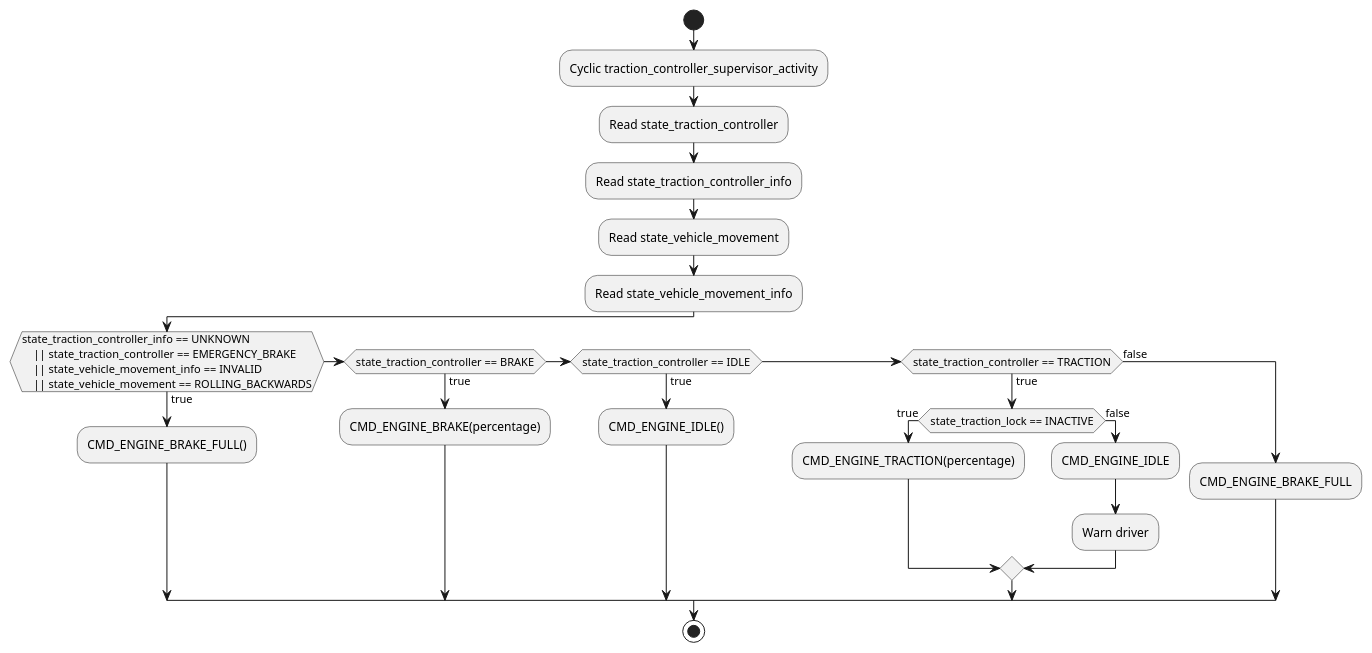
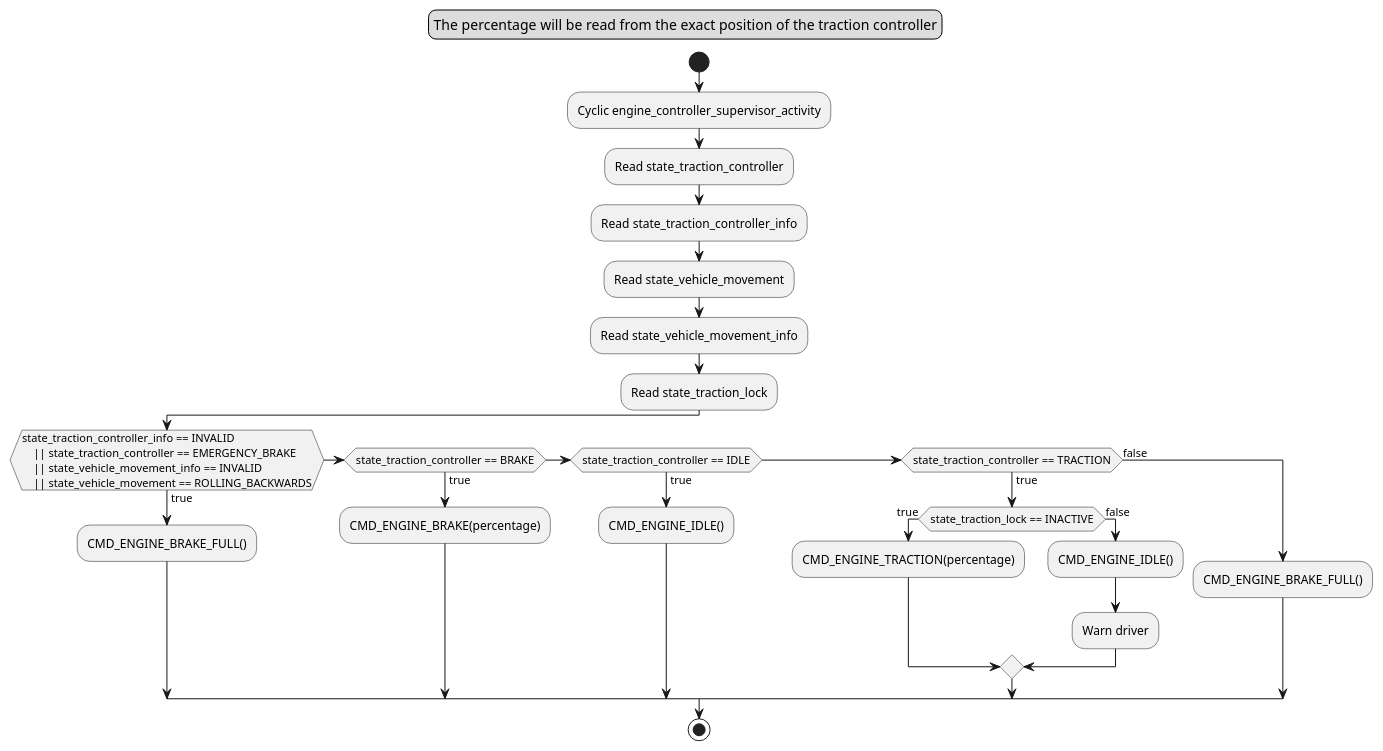
Before and after one commit to paetzholdt/CANRepo: the diagram in docs/models/activity_diagrams/node-drive-controller/engine_controller_supervisor_activity.puml, drawn with PlantUML. The commit also changed 1 other file, not shown here.

Commit message:
docs(node-drive-controller): refine engine controller supervisor and traction controller state outputs

```diff
--- a/docs/models/activity_diagrams/node-drive-controller/engine_controller_supervisor_activity.puml
+++ b/docs/models/activity_diagrams/node-drive-controller/engine_controller_supervisor_activity.puml
@@ -1,36 +1,41 @@
 @startuml engine_controller_supervisor_activity
 
+legend top
+The percentage will be read from the exact position of the traction controller
+endlegend
+
 start
-:Cyclic traction_controller_supervisor_activity;
+:Cyclic engine_controller_supervisor_activity;
 :Read state_traction_controller;
 :Read state_traction_controller_info;
 :Read state_vehicle_movement;
 :Read state_vehicle_movement_info;
+:Read state_traction_lock;
 
-if (state_traction_controller_info == UNKNOWN
+if (state_traction_controller_info == INVALID
     || state_traction_controller == EMERGENCY_BRAKE
     || state_vehicle_movement_info == INVALID
     || state_vehicle_movement == ROLLING_BACKWARDS) then (true)
     :CMD_ENGINE_BRAKE_FULL();
 
 elseif (state_traction_controller == BRAKE) then (true)
     :CMD_ENGINE_BRAKE(percentage);
 
 elseif (state_traction_controller == IDLE) then (true)
     :CMD_ENGINE_IDLE();
 
 elseif (state_traction_controller == TRACTION) then (true)
     if (state_traction_lock == INACTIVE) then (true)
         :CMD_ENGINE_TRACTION(percentage);
     else (false)
-        :CMD_ENGINE_IDLE;
+        :CMD_ENGINE_IDLE();
         :Warn driver;
     endif
 
 else (false)
-    :CMD_ENGINE_BRAKE_FULL;
+    :CMD_ENGINE_BRAKE_FULL();
 endif
 
 stop
 
 @enduml
```
